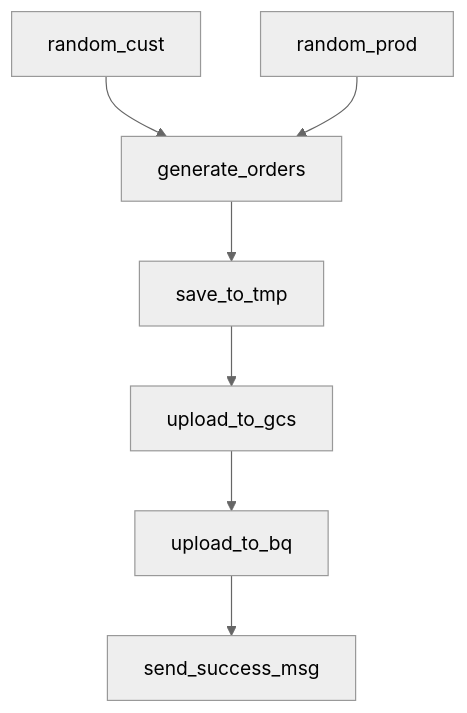
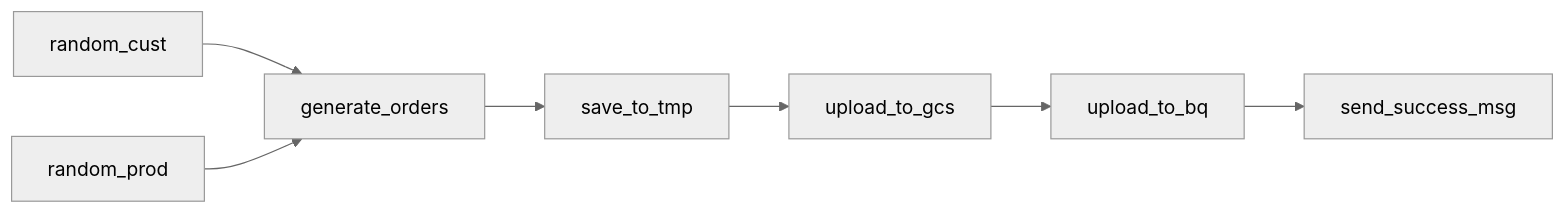
The fifth of 5 diagrams in airflow/README.md (candychen00/faker-ecom-project__airflow_dbt), drawn with Mermaid (neutral theme) before and after one commit. The commit also changed other lines of this file, not shown here.

````diff
--- a/airflow/README.md
+++ b/airflow/README.md
@@ -194,9 +195,9 @@
 ```mermaid
-flowchart TD
+flowchart LR
     A[random_cust] --> C[generate_orders]
     B[random_prod] --> C
     C --> D[save_to_tmp]
     D --> E[upload_to_gcs]
     E --> F[upload_to_bq]
     F --> G[send_success_msg]
 ```
````
